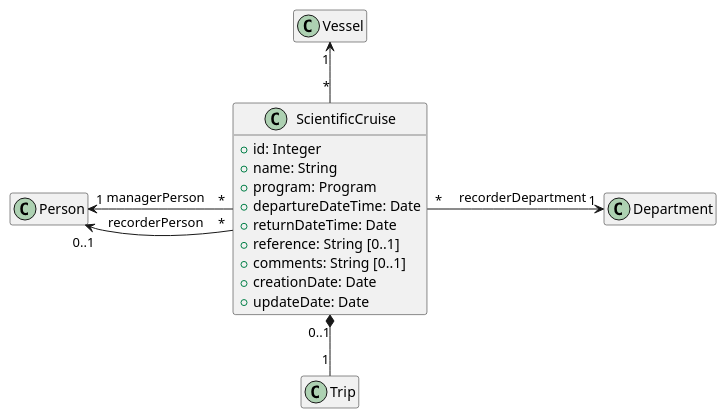
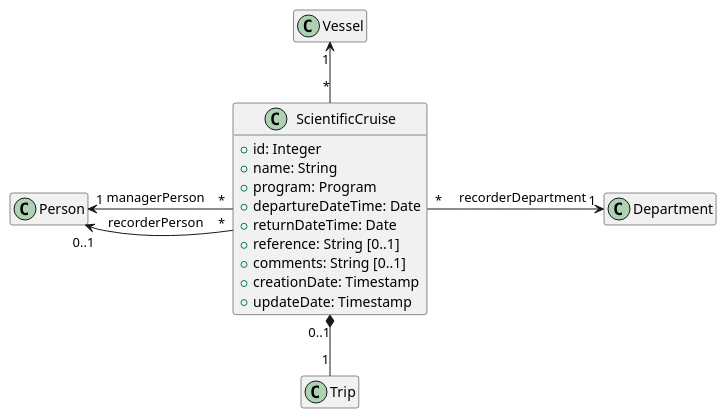
One commit to sumaris-net/sumaris-doc changed the diagram in model/data/scientific-cruise.puml. Above: the diagram before and after it, drawn with PlantUML. The commit also changed 19 other files, not shown here.

Commit message:
[enh] Model: Add class diagram for Activity Calendar, Vesseg/Gear Use features, Fishing Area

```diff
--- a/model/data/scientific-cruise.puml
+++ b/model/data/scientific-cruise.puml
@@ -1,23 +1,23 @@
 @startuml
 hide empty members
 
 class ScientificCruise {
   +id: Integer
   +name: String
   +program: Program
   +departureDateTime: Date
   +returnDateTime: Date
   +reference: String [0..1]
   +comments: String [0..1]
-  +creationDate: Date
-  +updateDate: Date
+  +creationDate: Timestamp
+  +updateDate: Timestamp
 }
 
 ScientificCruise "*" -up-> "1" Vessel
 ScientificCruise "0..1" *-down- "1" Trip
 ScientificCruise "*" -left-> "1" Person: "managerPerson   "
 ScientificCruise "*" -left-> "0..1" Person: "recorderPerson   "
 ScientificCruise "*" -right-> "1" Department: "    recorderDepartment"
 
 
 @enduml
```
